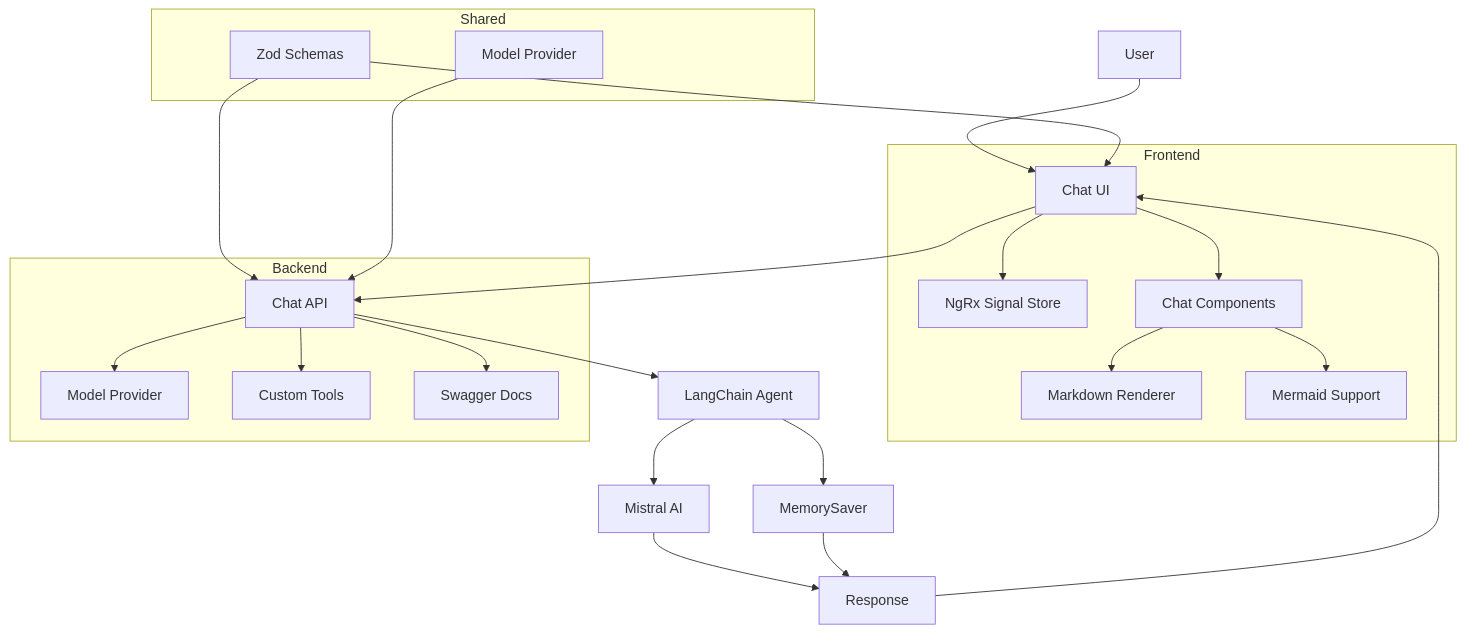
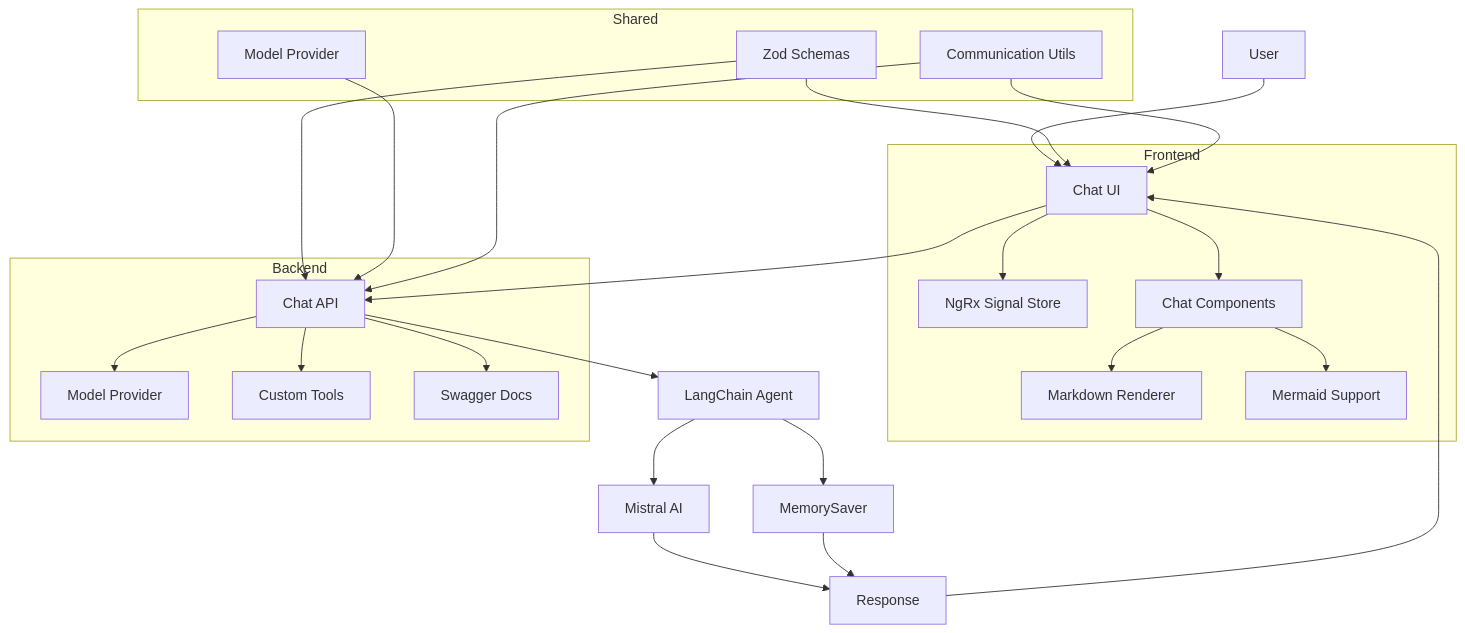
The diagram in README.md (claboran/langchain-course-ws), drawn with Mermaid before and after one commit. The commit also changed other lines of this file and 24 other files, not shown here.

````diff
--- a/README.md
+++ b/README.md
@@ -159,30 +166,32 @@
 ```mermaid
 graph TD;
     A[User] --> B[Chat UI];
     B --> C[Chat API];
     C --> D[LangChain Agent];
     D --> E[Mistral AI];
     D --> F[MemorySaver];
     E --> G[Response];
     F --> G;
     G --> B;
     
     subgraph Frontend
     B[Chat UI] --> H[NgRx Signal Store];
     B --> I[Chat Components];
     I --> J[Markdown Renderer];
     I --> K[Mermaid Support];
     end
     
     subgraph Backend
     C[Chat API] --> L[Model Provider];
     C --> M[Custom Tools];
     C --> N[Swagger Docs];
     end
     
     subgraph Shared
     O[Zod Schemas] --> B;
     O --> C;
     P[Model Provider] --> C;
+    Q[Communication Utils] --> B;
+    Q --> C;
     end
 ```
````
